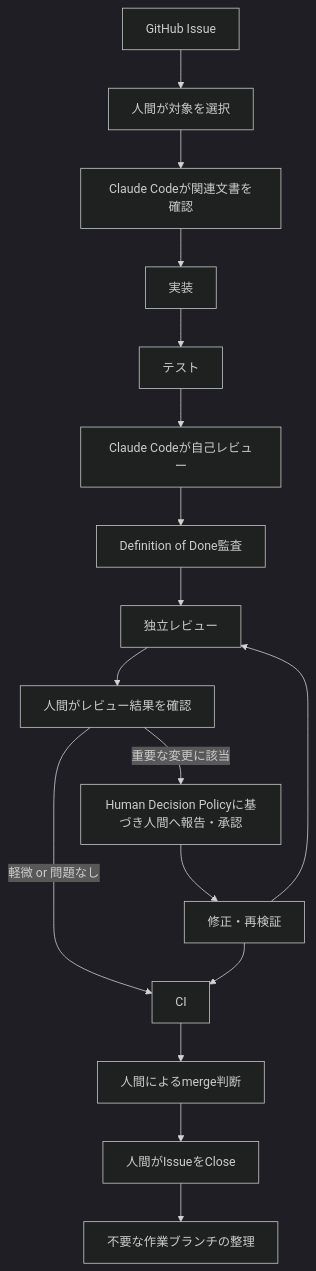
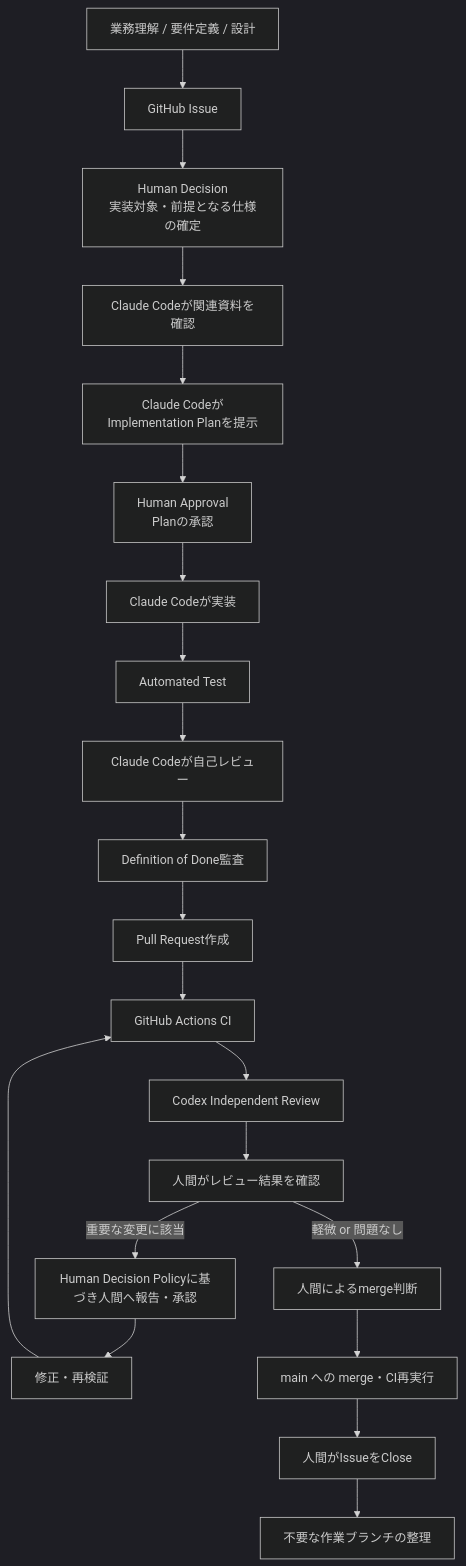
One commit to TakanoriShima/ai-native-sdlc-training changed the second of 2 diagrams in README.md. Above: the diagram before and after it, drawn with Mermaid (dark theme). The commit also changed other lines of this file and 1 other file, not shown here.

````diff
--- a/README.md
+++ b/README.md
@@ -98,19 +99,23 @@
 ```mermaid
 flowchart TD
-    A[GitHub Issue] --> B[人間が対象を選択]
-    B --> C[Claude Codeが関連文書を確認]
-    C --> D[実装]
-    D --> E[テスト]
-    E --> F[Claude Codeが自己レビュー]
-    F --> G[Definition of Done監査]
-    G --> H[独立レビュー]
-    H --> I[人間がレビュー結果を確認]
-    I -->|重要な変更に該当| J[Human Decision Policyに基づき人間へ報告・承認]
-    J --> K[修正・再検証]
-    K --> H
-    I -->|軽微 or 問題なし| L[CI]
-    K --> L
-    L --> M[人間によるmerge判断]
-    M --> N[人間がIssueをClose]
-    N --> O[不要な作業ブランチの整理]
+    A[業務理解 / 要件定義 / 設計] --> B[GitHub Issue]
+    B --> C[Human Decision<br/>実装対象・前提となる仕様の確定]
+    C --> D[Claude Codeが関連資料を確認]
+    D --> E[Claude CodeがImplementation Planを提示]
+    E --> F[Human Approval<br/>Planの承認]
+    F --> G[Claude Codeが実装]
+    G --> H[Automated Test]
+    H --> I[Claude Codeが自己レビュー]
+    I --> J[Definition of Done監査]
+    J --> K[Pull Request作成]
+    K --> L[GitHub Actions CI]
+    L --> M[Codex Independent Review]
+    M --> N[人間がレビュー結果を確認]
+    N -->|重要な変更に該当| O[Human Decision Policyに基づき人間へ報告・承認]
+    O --> P[修正・再検証]
+    P --> L
+    N -->|軽微 or 問題なし| Q[人間によるmerge判断]
+    Q --> R[main への merge・CI再実行]
+    R --> S[人間がIssueをClose]
+    S --> T[不要な作業ブランチの整理]
 ```
````
